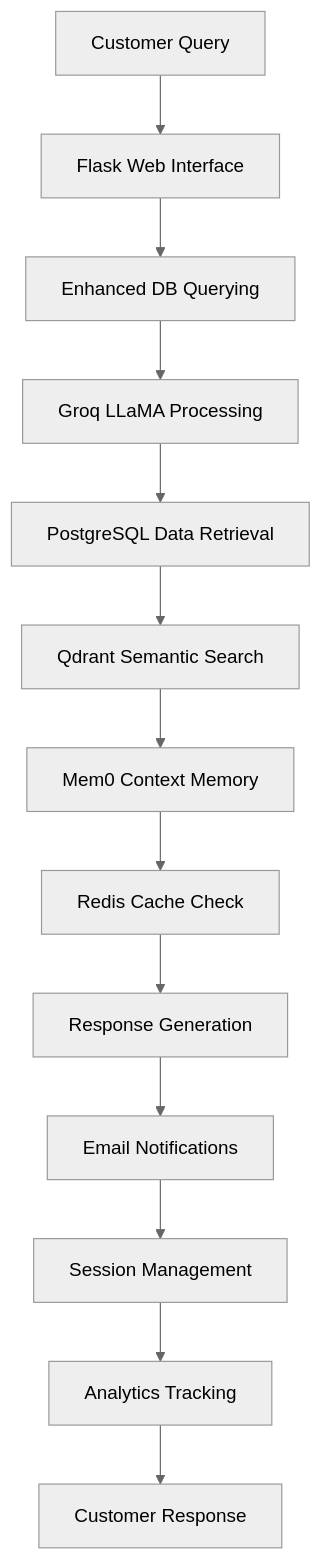
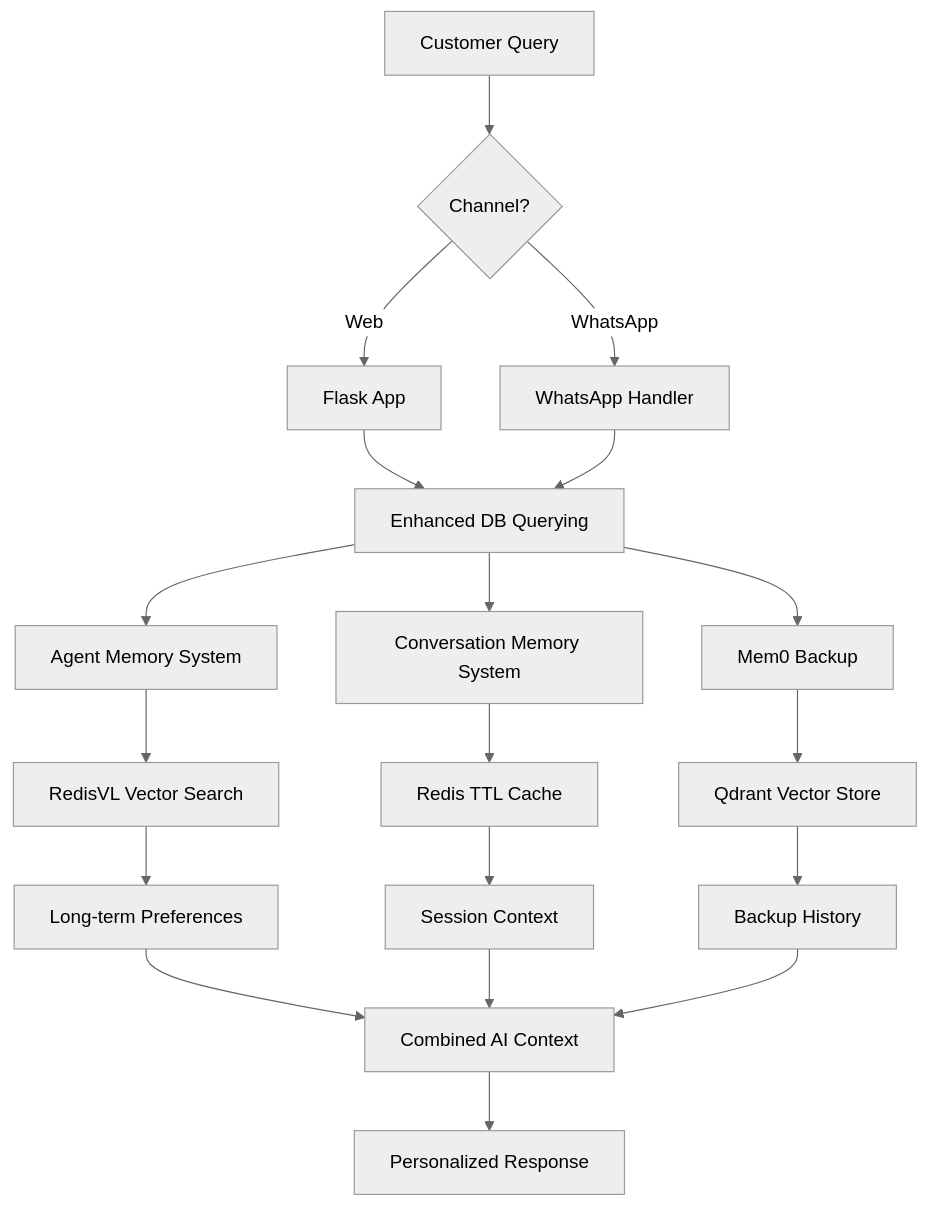
One commit to Abdulraqib20/AI-Powered-Customer-Support-Agent changed the first of 3 diagrams in README.md. Above: the diagram before and after it, drawn with Mermaid (neutral theme). The commit also changed other lines of this file and 6 other files, not shown here.

````diff
--- a/README.md
+++ b/README.md
@@ -288,15 +256,27 @@
 ```mermaid
 graph TB
-    A[Customer Query] --> B[Flask Web Interface]
-    B --> C[Enhanced DB Querying]
-    C --> D[Groq LLaMA Processing]
-    D --> E[PostgreSQL Data Retrieval]
-    E --> F[Qdrant Semantic Search]
-    F --> G[Mem0 Context Memory]
-    G --> H[Redis Cache Check]
-    H --> I[Response Generation]
-    I --> J[Email Notifications]
-    J --> K[Session Management]
-    K --> L[Analytics Tracking]
-    L --> M[Customer Response]
+    A[Customer Query] --> B{Channel?}
+    B -->|Web| C[Flask App]
+    B -->|WhatsApp| D[WhatsApp Handler]
+
+    C --> E[Enhanced DB Querying]
+    D --> E
+
+    E --> F[Agent Memory System]
+    E --> G[Conversation Memory System]
+    E --> H[Mem0 Backup]
+
+    F --> I[RedisVL Vector Search]
+    G --> J[Redis TTL Cache]
+    H --> K[Qdrant Vector Store]
+
+    I --> L[Long-term Preferences]
+    J --> M[Session Context]
+    K --> N[Backup History]
+
+    L --> O[Combined AI Context]
+    M --> O
+    N --> O
+
+    O --> P[Personalized Response]
 ```
````
